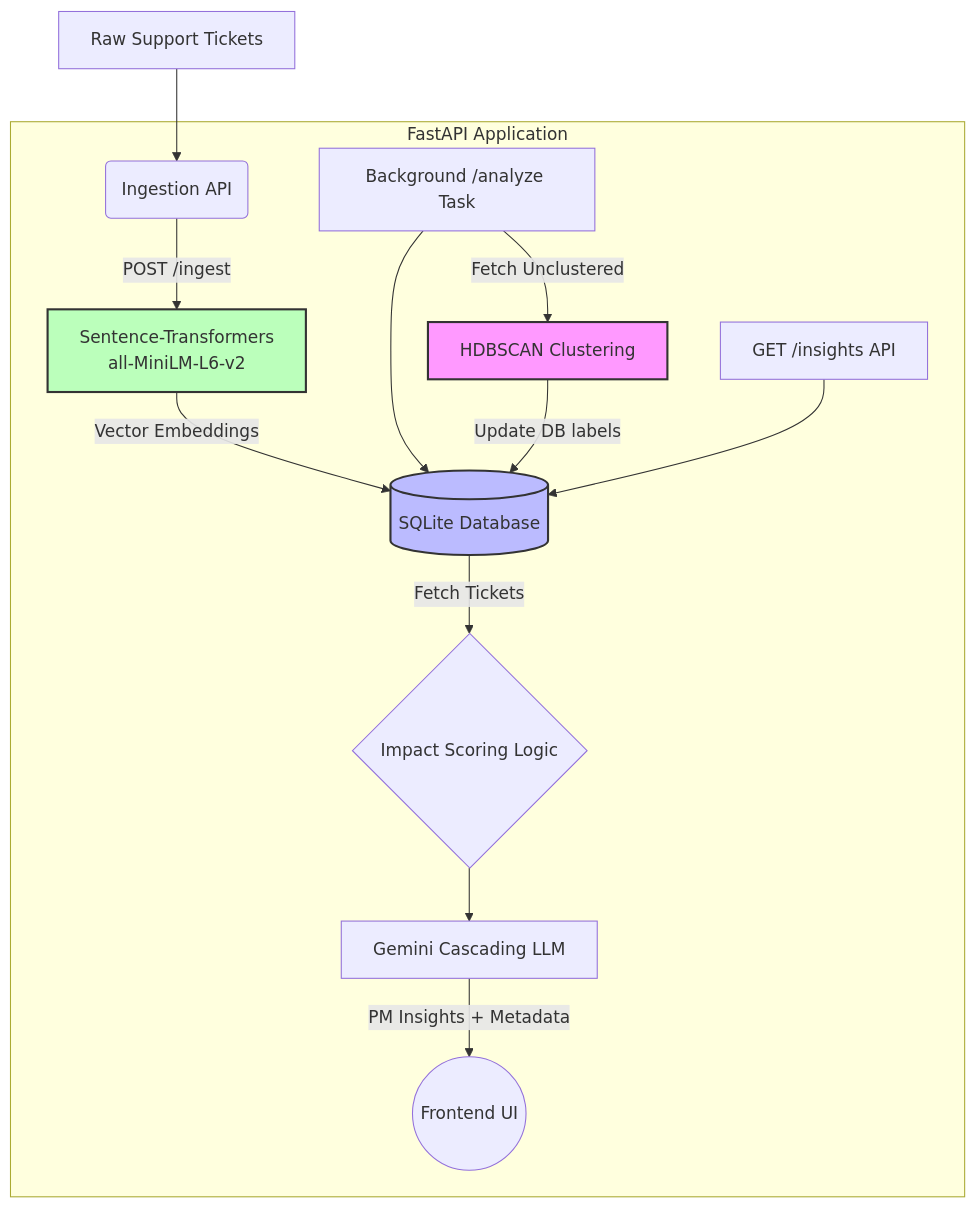
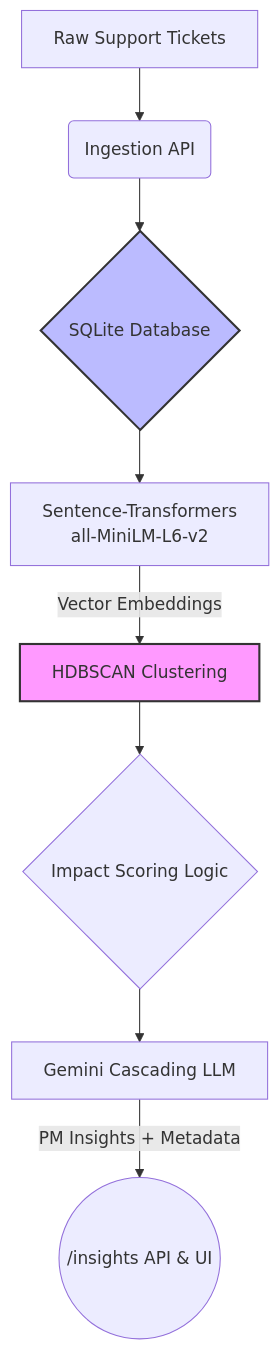
Before and after one commit to PixelCode01/emerging-issue-detector: the diagram in REASONING.md, drawn with Mermaid. The commit also changed other lines of this file and 1 other file, not shown here.

````diff
--- a/REASONING.md
+++ b/REASONING.md
@@ -9,22 +9,13 @@
 ```mermaid
 flowchart TD
     A[Raw Support Tickets] --> B(Ingestion API)
-    
-    subgraph FastAPI Application
-        B -->|POST /ingest| C[Sentence-Transformers\nall-MiniLM-L6-v2]
-        C -->|Vector Embeddings| D[(SQLite Database)]
-        
-        S[Background /analyze Task] --> D
-        S -->|Fetch Unclustered| E[HDBSCAN Clustering]
-        E -->|Update DB labels| D
-        
-        F[GET /insights API] --> D
-        D -->|Fetch Tickets| G{Impact Scoring Logic}
-        G --> H[Gemini Cascading LLM]
-        H -->|PM Insights + Metadata| I((Frontend UI))
-    end
+    B --> C{SQLite Database}
+    C --> D[Sentence-Transformers\nall-MiniLM-L6-v2]
+    D -->|Vector Embeddings| E[HDBSCAN Clustering]
+    E --> F{Impact Scoring Logic}
+    F --> H[Gemini Cascading LLM]
+    H -->|PM Insights + Metadata| G((/insights API & UI))
     
     style E fill:#f9f,stroke:#333,stroke-width:2px
-    style D fill:#bbf,stroke:#333,stroke-width:2px
-    style C fill:#bfb,stroke:#333,stroke-width:2px
+    style C fill:#bbf,stroke:#333,stroke-width:2px
 ```
````
